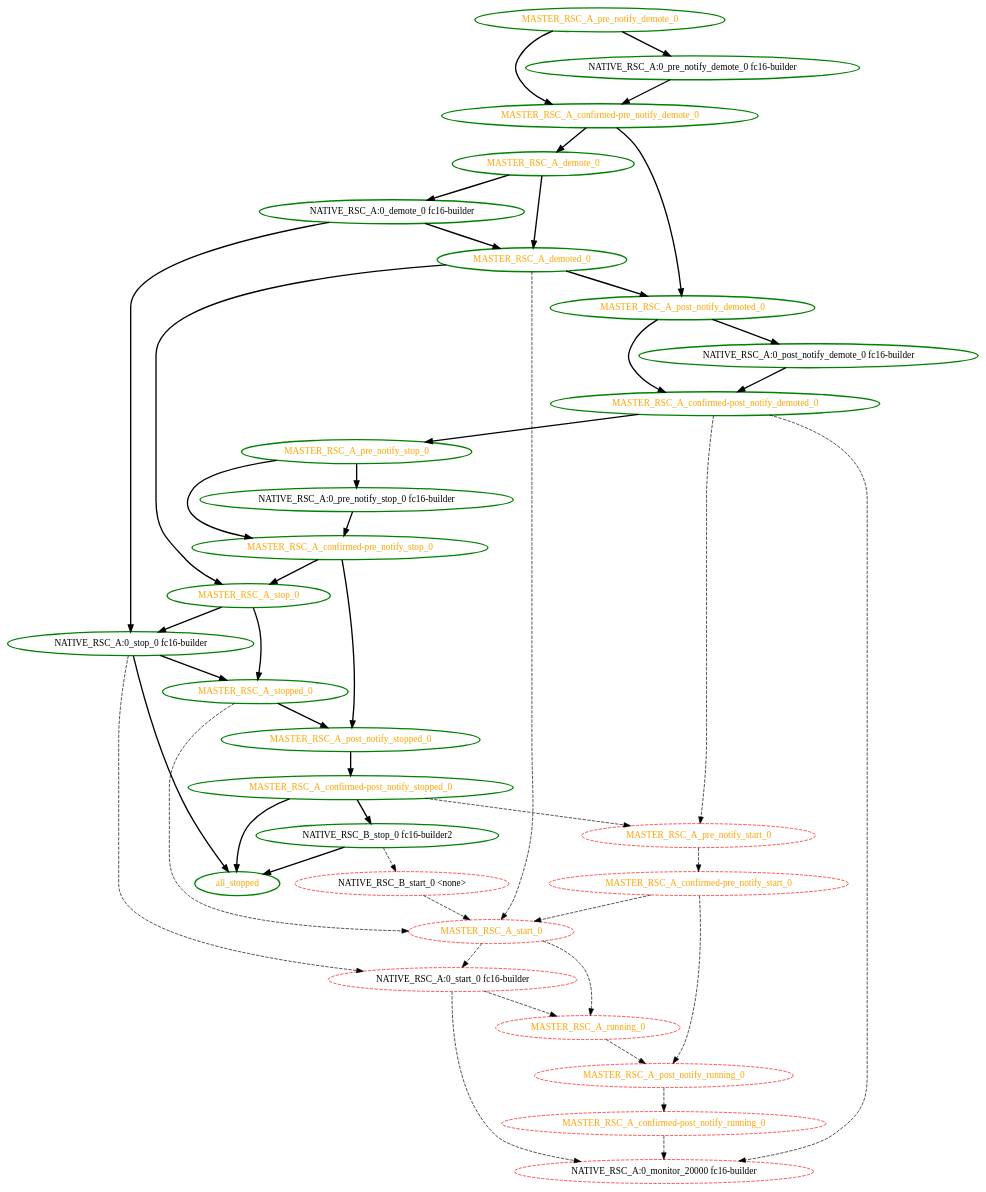
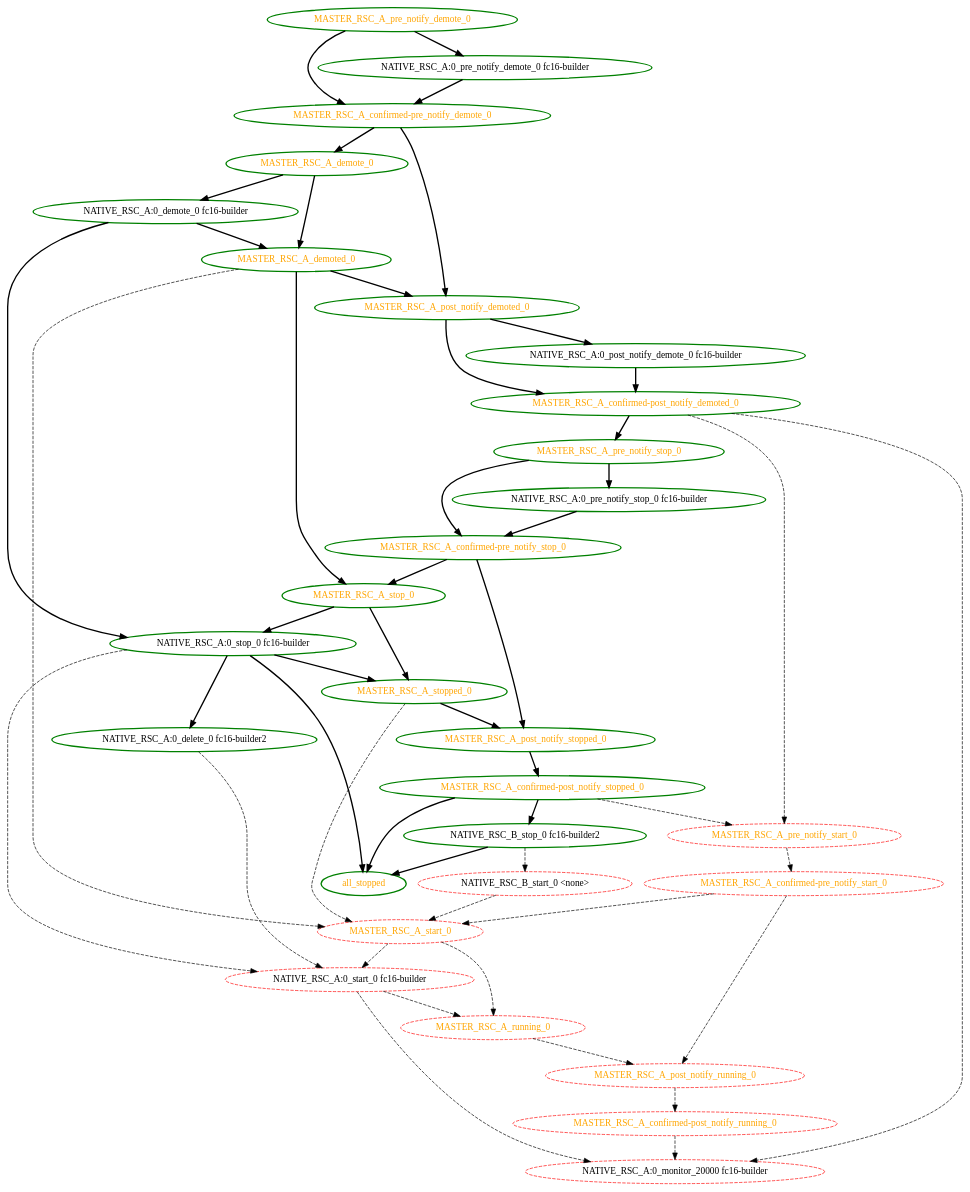
One commit to ClusterLabs/pacemaker changed the diagram in pengine/test10/order_constraint_stops_master.dot. Above: the diagram before and after it, drawn with Graphviz. The commit also changed 11 other files, not shown here.

```diff
--- a/pengine/test10/order_constraint_stops_master.dot
+++ b/pengine/test10/order_constraint_stops_master.dot
@@ -1,77 +1,80 @@
  digraph "g" {
 "MASTER_RSC_A_confirmed-post_notify_demoted_0" -> "MASTER_RSC_A_pre_notify_start_0" [ style = dashed]
 "MASTER_RSC_A_confirmed-post_notify_demoted_0" -> "MASTER_RSC_A_pre_notify_stop_0" [ style = bold]
 "MASTER_RSC_A_confirmed-post_notify_demoted_0" -> "NATIVE_RSC_A:0_monitor_20000 fc16-builder" [ style = dashed]
 "MASTER_RSC_A_confirmed-post_notify_demoted_0" [ style=bold color="green" fontcolor="orange"]
 "MASTER_RSC_A_confirmed-post_notify_running_0" -> "NATIVE_RSC_A:0_monitor_20000 fc16-builder" [ style = dashed]
 "MASTER_RSC_A_confirmed-post_notify_running_0" [ style=dashed color="red" fontcolor="orange"]
 "MASTER_RSC_A_confirmed-post_notify_stopped_0" -> "MASTER_RSC_A_pre_notify_start_0" [ style = dashed]
 "MASTER_RSC_A_confirmed-post_notify_stopped_0" -> "NATIVE_RSC_B_stop_0 fc16-builder2" [ style = bold]
 "MASTER_RSC_A_confirmed-post_notify_stopped_0" -> "all_stopped" [ style = bold]
 "MASTER_RSC_A_confirmed-post_notify_stopped_0" [ style=bold color="green" fontcolor="orange"]
 "MASTER_RSC_A_confirmed-pre_notify_demote_0" -> "MASTER_RSC_A_demote_0" [ style = bold]
 "MASTER_RSC_A_confirmed-pre_notify_demote_0" -> "MASTER_RSC_A_post_notify_demoted_0" [ style = bold]
 "MASTER_RSC_A_confirmed-pre_notify_demote_0" [ style=bold color="green" fontcolor="orange"]
 "MASTER_RSC_A_confirmed-pre_notify_start_0" -> "MASTER_RSC_A_post_notify_running_0" [ style = dashed]
 "MASTER_RSC_A_confirmed-pre_notify_start_0" -> "MASTER_RSC_A_start_0" [ style = dashed]
 "MASTER_RSC_A_confirmed-pre_notify_start_0" [ style=dashed color="red" fontcolor="orange"]
 "MASTER_RSC_A_confirmed-pre_notify_stop_0" -> "MASTER_RSC_A_post_notify_stopped_0" [ style = bold]
 "MASTER_RSC_A_confirmed-pre_notify_stop_0" -> "MASTER_RSC_A_stop_0" [ style = bold]
 "MASTER_RSC_A_confirmed-pre_notify_stop_0" [ style=bold color="green" fontcolor="orange"]
 "MASTER_RSC_A_demote_0" -> "MASTER_RSC_A_demoted_0" [ style = bold]
 "MASTER_RSC_A_demote_0" -> "NATIVE_RSC_A:0_demote_0 fc16-builder" [ style = bold]
 "MASTER_RSC_A_demote_0" [ style=bold color="green" fontcolor="orange"]
 "MASTER_RSC_A_demoted_0" -> "MASTER_RSC_A_post_notify_demoted_0" [ style = bold]
 "MASTER_RSC_A_demoted_0" -> "MASTER_RSC_A_start_0" [ style = dashed]
 "MASTER_RSC_A_demoted_0" -> "MASTER_RSC_A_stop_0" [ style = bold]
 "MASTER_RSC_A_demoted_0" [ style=bold color="green" fontcolor="orange"]
 "MASTER_RSC_A_post_notify_demoted_0" -> "MASTER_RSC_A_confirmed-post_notify_demoted_0" [ style = bold]
 "MASTER_RSC_A_post_notify_demoted_0" -> "NATIVE_RSC_A:0_post_notify_demote_0 fc16-builder" [ style = bold]
 "MASTER_RSC_A_post_notify_demoted_0" [ style=bold color="green" fontcolor="orange"]
 "MASTER_RSC_A_post_notify_running_0" -> "MASTER_RSC_A_confirmed-post_notify_running_0" [ style = dashed]
 "MASTER_RSC_A_post_notify_running_0" [ style=dashed color="red" fontcolor="orange"]
 "MASTER_RSC_A_post_notify_stopped_0" -> "MASTER_RSC_A_confirmed-post_notify_stopped_0" [ style = bold]
 "MASTER_RSC_A_post_notify_stopped_0" [ style=bold color="green" fontcolor="orange"]
 "MASTER_RSC_A_pre_notify_demote_0" -> "MASTER_RSC_A_confirmed-pre_notify_demote_0" [ style = bold]
 "MASTER_RSC_A_pre_notify_demote_0" -> "NATIVE_RSC_A:0_pre_notify_demote_0 fc16-builder" [ style = bold]
 "MASTER_RSC_A_pre_notify_demote_0" [ style=bold color="green" fontcolor="orange"]
 "MASTER_RSC_A_pre_notify_start_0" -> "MASTER_RSC_A_confirmed-pre_notify_start_0" [ style = dashed]
 "MASTER_RSC_A_pre_notify_start_0" [ style=dashed color="red" fontcolor="orange"]
 "MASTER_RSC_A_pre_notify_stop_0" -> "MASTER_RSC_A_confirmed-pre_notify_stop_0" [ style = bold]
 "MASTER_RSC_A_pre_notify_stop_0" -> "NATIVE_RSC_A:0_pre_notify_stop_0 fc16-builder" [ style = bold]
 "MASTER_RSC_A_pre_notify_stop_0" [ style=bold color="green" fontcolor="orange"]
 "MASTER_RSC_A_running_0" -> "MASTER_RSC_A_post_notify_running_0" [ style = dashed]
 "MASTER_RSC_A_running_0" [ style=dashed color="red" fontcolor="orange"]
 "MASTER_RSC_A_start_0" -> "MASTER_RSC_A_running_0" [ style = dashed]
 "MASTER_RSC_A_start_0" -> "NATIVE_RSC_A:0_start_0 fc16-builder" [ style = dashed]
 "MASTER_RSC_A_start_0" [ style=dashed color="red" fontcolor="orange"]
 "MASTER_RSC_A_stop_0" -> "MASTER_RSC_A_stopped_0" [ style = bold]
 "MASTER_RSC_A_stop_0" -> "NATIVE_RSC_A:0_stop_0 fc16-builder" [ style = bold]
 "MASTER_RSC_A_stop_0" [ style=bold color="green" fontcolor="orange"]
 "MASTER_RSC_A_stopped_0" -> "MASTER_RSC_A_post_notify_stopped_0" [ style = bold]
 "MASTER_RSC_A_stopped_0" -> "MASTER_RSC_A_start_0" [ style = dashed]
 "MASTER_RSC_A_stopped_0" [ style=bold color="green" fontcolor="orange"]
+"NATIVE_RSC_A:0_delete_0 fc16-builder2" -> "NATIVE_RSC_A:0_start_0 fc16-builder" [ style = dashed]
+"NATIVE_RSC_A:0_delete_0 fc16-builder2" [ style=bold color="green" fontcolor="black"]
 "NATIVE_RSC_A:0_demote_0 fc16-builder" -> "MASTER_RSC_A_demoted_0" [ style = bold]
 "NATIVE_RSC_A:0_demote_0 fc16-builder" -> "NATIVE_RSC_A:0_stop_0 fc16-builder" [ style = bold]
 "NATIVE_RSC_A:0_demote_0 fc16-builder" [ style=bold color="green" fontcolor="black"]
 "NATIVE_RSC_A:0_monitor_20000 fc16-builder" [ style=dashed color="red" fontcolor="black"]
 "NATIVE_RSC_A:0_post_notify_demote_0 fc16-builder" -> "MASTER_RSC_A_confirmed-post_notify_demoted_0" [ style = bold]
 "NATIVE_RSC_A:0_post_notify_demote_0 fc16-builder" [ style=bold color="green" fontcolor="black"]
 "NATIVE_RSC_A:0_pre_notify_demote_0 fc16-builder" -> "MASTER_RSC_A_confirmed-pre_notify_demote_0" [ style = bold]
 "NATIVE_RSC_A:0_pre_notify_demote_0 fc16-builder" [ style=bold color="green" fontcolor="black"]
 "NATIVE_RSC_A:0_pre_notify_stop_0 fc16-builder" -> "MASTER_RSC_A_confirmed-pre_notify_stop_0" [ style = bold]
 "NATIVE_RSC_A:0_pre_notify_stop_0 fc16-builder" [ style=bold color="green" fontcolor="black"]
 "NATIVE_RSC_A:0_start_0 fc16-builder" -> "MASTER_RSC_A_running_0" [ style = dashed]
 "NATIVE_RSC_A:0_start_0 fc16-builder" -> "NATIVE_RSC_A:0_monitor_20000 fc16-builder" [ style = dashed]
 "NATIVE_RSC_A:0_start_0 fc16-builder" [ style=dashed color="red" fontcolor="black"]
 "NATIVE_RSC_A:0_stop_0 fc16-builder" -> "MASTER_RSC_A_stopped_0" [ style = bold]
+"NATIVE_RSC_A:0_stop_0 fc16-builder" -> "NATIVE_RSC_A:0_delete_0 fc16-builder2" [ style = bold]
 "NATIVE_RSC_A:0_stop_0 fc16-builder" -> "NATIVE_RSC_A:0_start_0 fc16-builder" [ style = dashed]
 "NATIVE_RSC_A:0_stop_0 fc16-builder" -> "all_stopped" [ style = bold]
 "NATIVE_RSC_A:0_stop_0 fc16-builder" [ style=bold color="green" fontcolor="black"]
 "NATIVE_RSC_B_start_0 <none>" -> "MASTER_RSC_A_start_0" [ style = dashed]
 "NATIVE_RSC_B_start_0 <none>" [ style=dashed color="red" fontcolor="black"]
 "NATIVE_RSC_B_stop_0 fc16-builder2" -> "NATIVE_RSC_B_start_0 <none>" [ style = dashed]
 "NATIVE_RSC_B_stop_0 fc16-builder2" -> "all_stopped" [ style = bold]
 "NATIVE_RSC_B_stop_0 fc16-builder2" [ style=bold color="green" fontcolor="black"]
 "all_stopped" [ style=bold color="green" fontcolor="orange"]
 }
```
